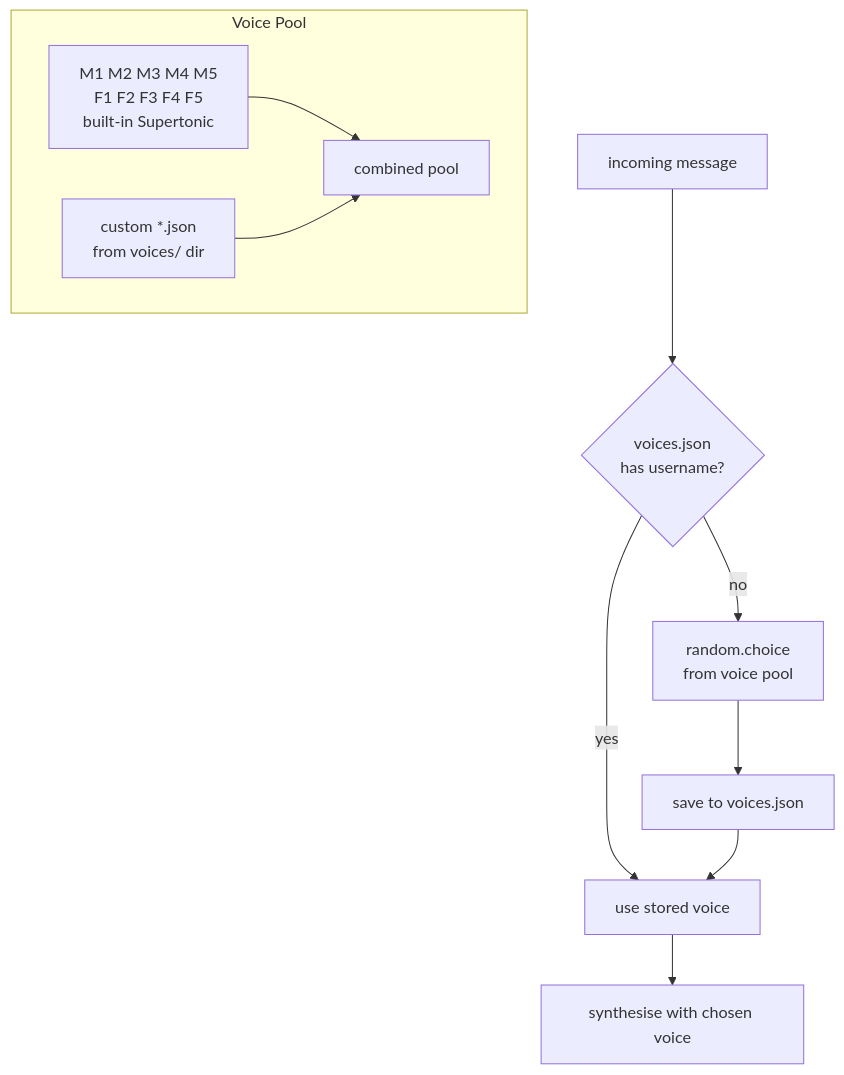
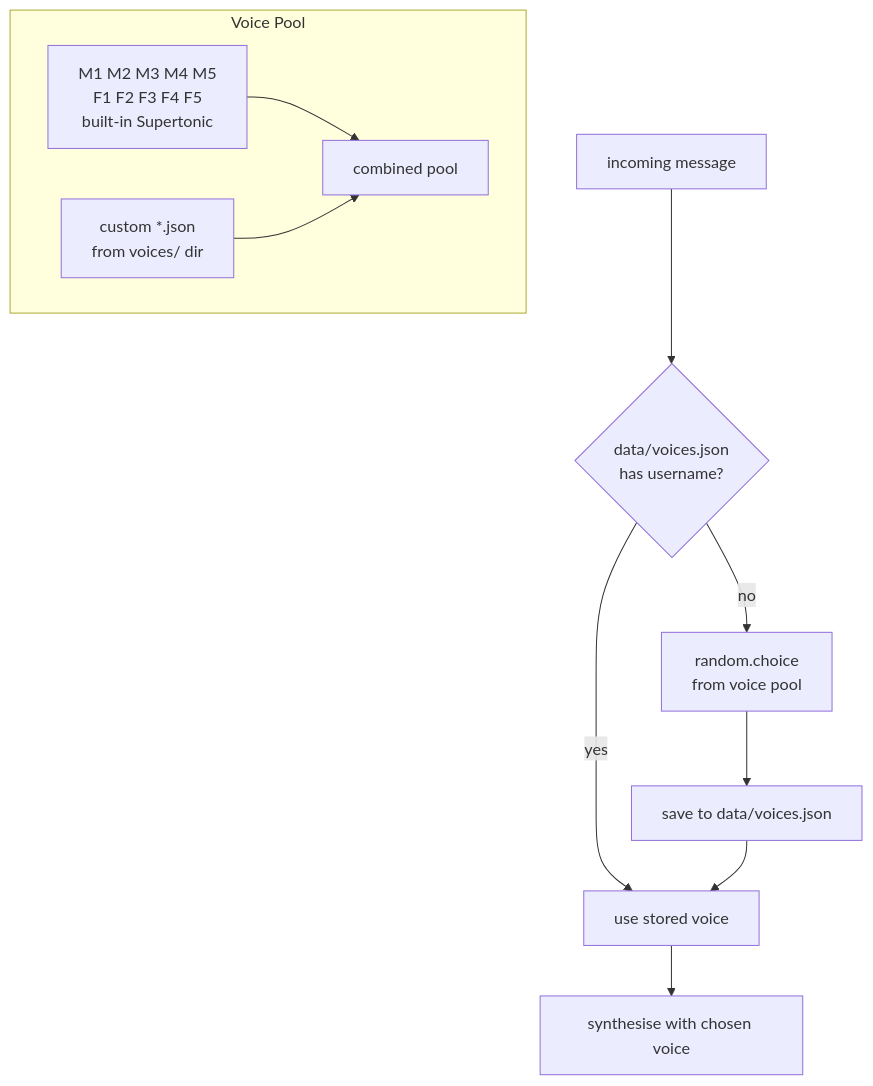
The sixth of 8 diagrams in ARCHITECTURE.md (w0rxbend/twitch-voxer), drawn with Mermaid before and after one commit. The commit also changed other lines of this file and 31 other files, not shown here.

````diff
--- a/ARCHITECTURE.md
+++ b/ARCHITECTURE.md
@@ -187,16 +210,16 @@
 ```mermaid
 flowchart TD
-    MSG[incoming message] --> LOOKUP{voices.json\nhas username?}
+    MSG[incoming message] --> LOOKUP{data/voices.json\nhas username?}
     LOOKUP -- yes --> USE[use stored voice]
     LOOKUP -- no --> PICK[random.choice\nfrom voice pool]
-    PICK --> SAVE[save to voices.json]
+    PICK --> SAVE[save to data/voices.json]
     SAVE --> USE
     USE --> TTS[synthesise with chosen voice]
 
     subgraph Voice Pool
         B[M1 M2 M3 M4 M5\nF1 F2 F3 F4 F5\nbuilt-in Supertonic]
         C[custom *.json\nfrom voices/ dir]
         B --> POOL
         C --> POOL[combined pool]
     end
 ```
````
